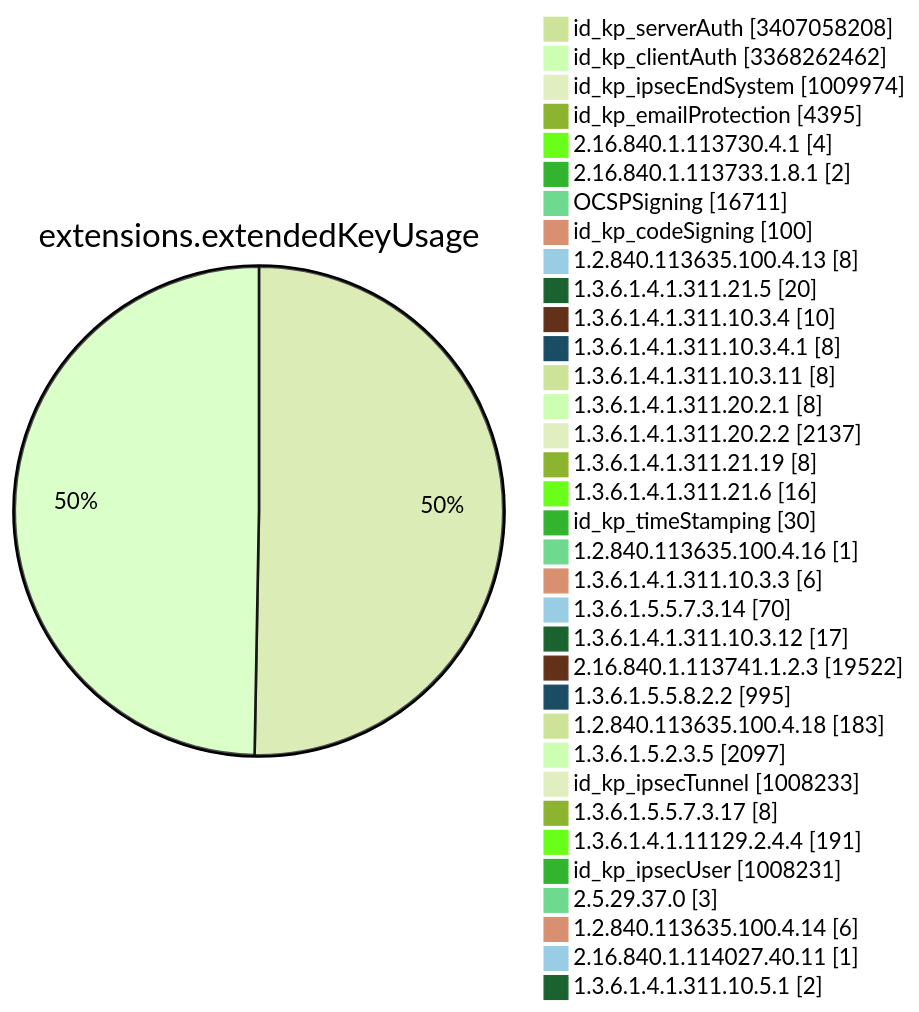
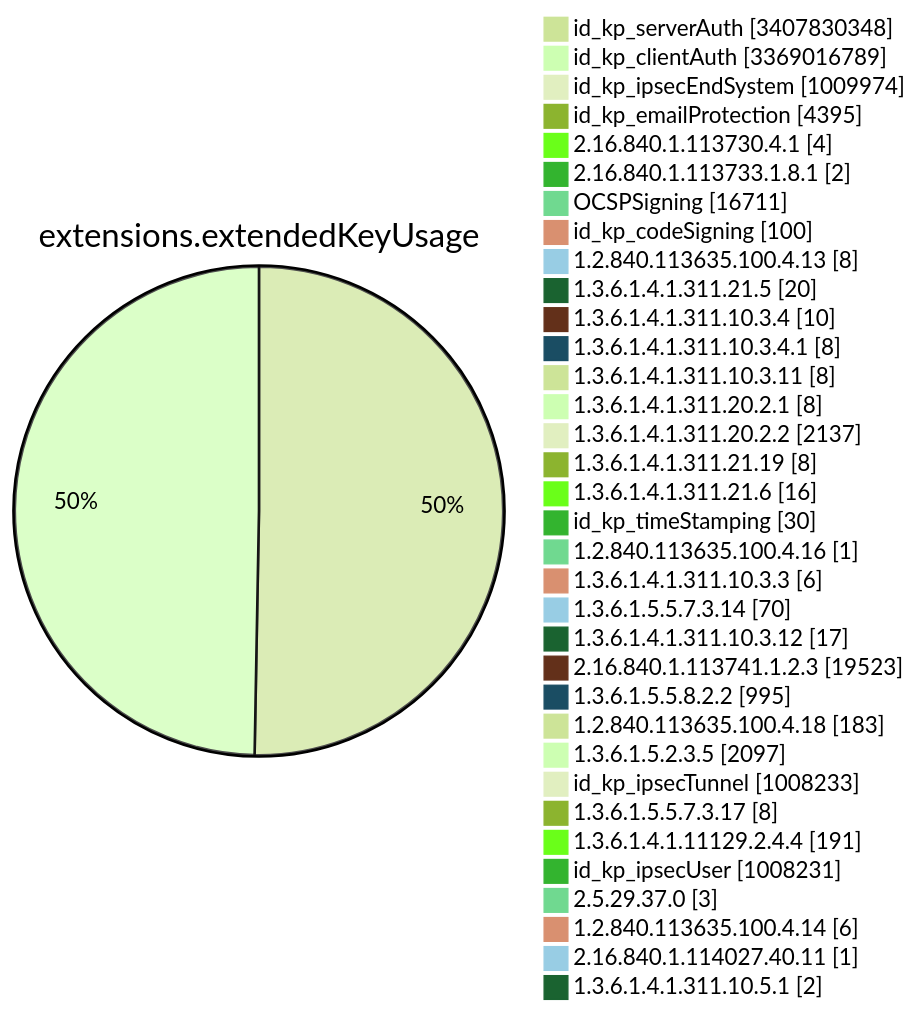
Diagram 11 of 15 in TOTAL/README.md (christiankrug/ctmonitor_visualization), drawn with Mermaid (forest theme) before and after one commit. The commit also changed other lines of this file, not shown here.

````diff
--- a/TOTAL/README.md
+++ b/TOTAL/README.md
@@ -4121,38 +4121,38 @@
 ```mermaid
 pie showData
 title extensions.extendedKeyUsage
-"id_kp_serverAuth" :3407058208
-"id_kp_clientAuth" :3368262462
+"id_kp_serverAuth" :3407830348
+"id_kp_clientAuth" :3369016789
 "id_kp_ipsecEndSystem" :1009974
 "id_kp_emailProtection" :4395
 "2.16.840.1.113730.4.1" :4
 "2.16.840.1.113733.1.8.1" :2
 "OCSPSigning" :16711
 "id_kp_codeSigning" :100
 "1.2.840.113635.100.4.13" :8
 "1.3.6.1.4.1.311.21.5" :20
 "1.3.6.1.4.1.311.10.3.4" :10
 "1.3.6.1.4.1.311.10.3.4.1" :8
 "1.3.6.1.4.1.311.10.3.11" :8
 "1.3.6.1.4.1.311.20.2.1" :8
 "1.3.6.1.4.1.311.20.2.2" :2137
 "1.3.6.1.4.1.311.21.19" :8
 "1.3.6.1.4.1.311.21.6" :16
 "id_kp_timeStamping" :30
 "1.2.840.113635.100.4.16" :1
 "1.3.6.1.4.1.311.10.3.3" :6
 "1.3.6.1.5.5.7.3.14" :70
 "1.3.6.1.4.1.311.10.3.12" :17
-"2.16.840.1.113741.1.2.3" :19522
+"2.16.840.1.113741.1.2.3" :19523
 "1.3.6.1.5.5.8.2.2" :995
 "1.2.840.113635.100.4.18" :183
 "1.3.6.1.5.2.3.5" :2097
 "id_kp_ipsecTunnel" :1008233
 "1.3.6.1.5.5.7.3.17" :8
 "1.3.6.1.4.1.11129.2.4.4" :191
 "id_kp_ipsecUser" :1008231
 "2.5.29.37.0" :3
 "1.2.840.113635.100.4.14" :6
 "2.16.840.1.114027.40.11" :1
 "1.3.6.1.4.1.311.10.5.1" :2
 ```
````
